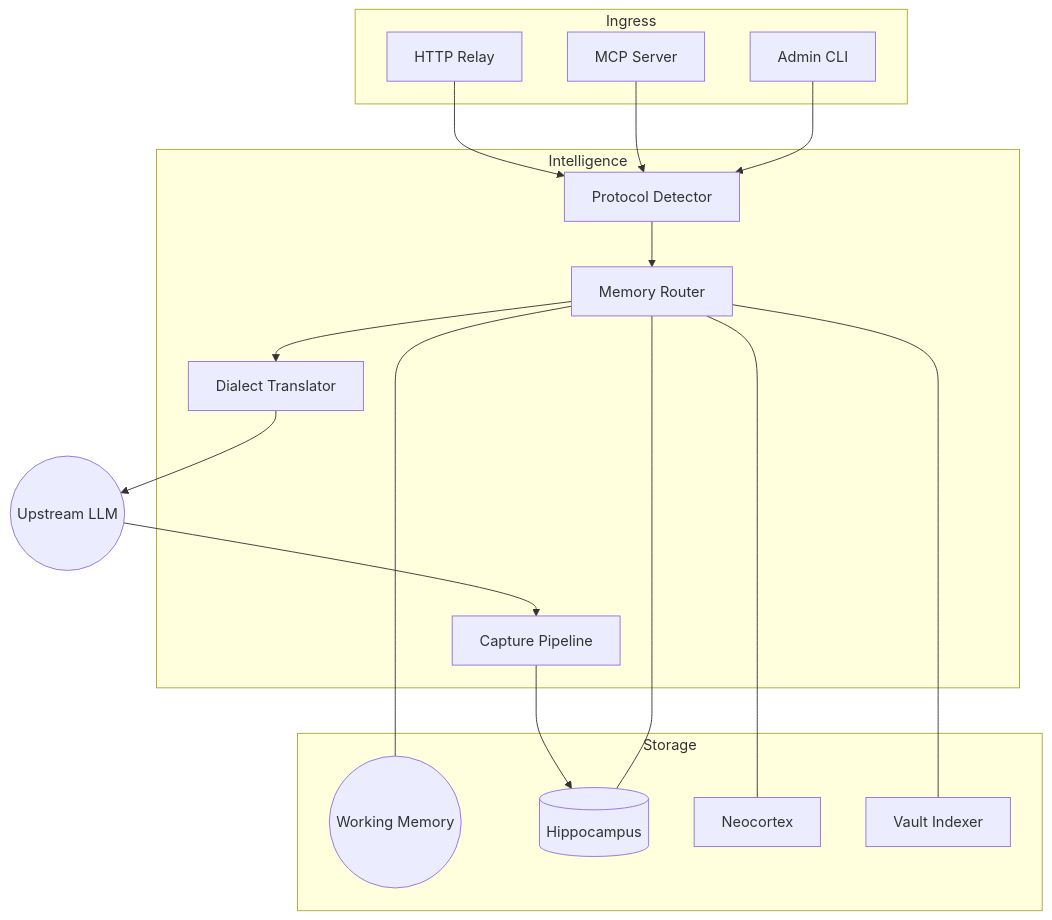
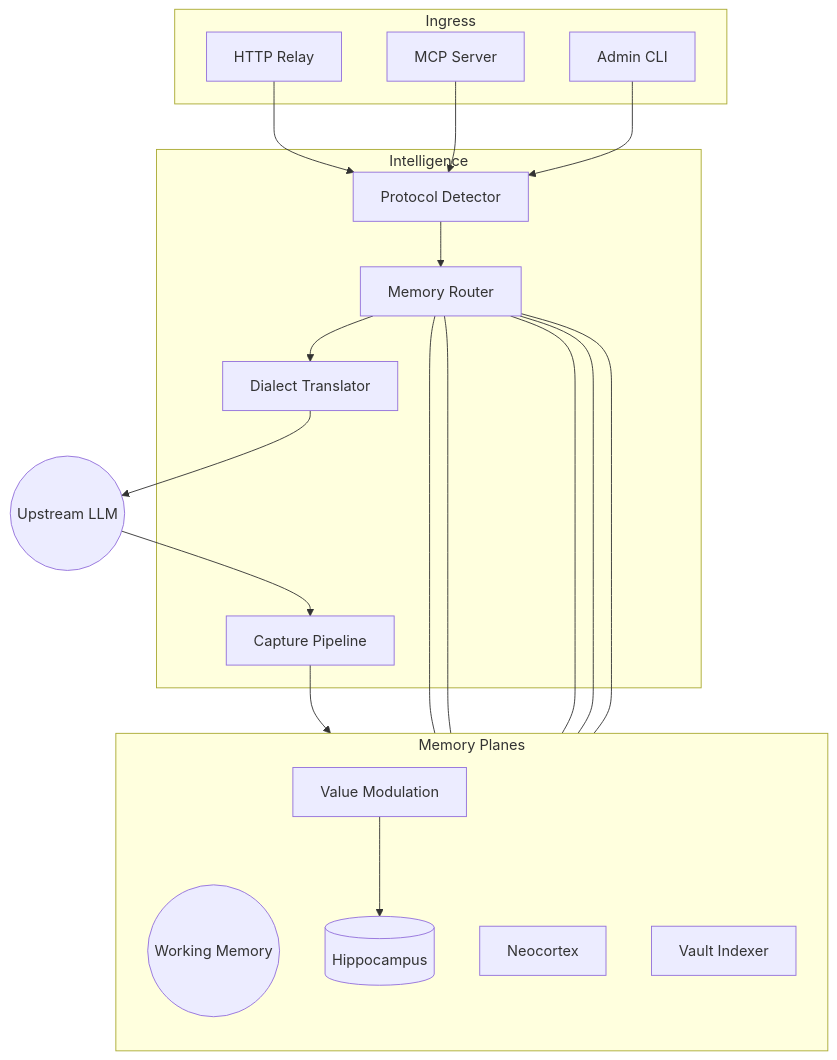
Before and after one commit to winnerineast/ClawBrain: the diagram in README.md, drawn with Mermaid. The commit also changed other lines of this file and 4 other files, not shown here.

Commit message:
docs: integrate L6b (Value Modulation) and TasteGuard concepts into architecture and design docs

````diff
--- a/README.md
+++ b/README.md
@@ -165,38 +165,42 @@
 ```mermaid
 graph TD
     subgraph Ingress
         API[HTTP Relay]
         MCP[MCP Server]
         CLI[Admin CLI]
     end
 
     subgraph Intelligence
         Detector[Protocol Detector]
         Router[Memory Router]
         Translator[Dialect Translator]
         Pipe[Capture Pipeline]
     end
 
-    subgraph Storage
+    subgraph Storage [Memory Planes]
+        direction TB
         L1((Working Memory))
         L2[(Hippocampus)]
         L3[Neocortex]
+        L6b[Value Modulation]
         Ext[Vault Indexer]
     end
 
     API --> Detector
     MCP --> Detector
     CLI --> Detector
     
     Detector --> Router
     Router --> Translator
     Translator --> LLM((Upstream LLM))
     
     LLM --> Pipe
-    Pipe --> L2
+    Pipe --> L6b
+    L6b --> L2
     
     Router --- L1
     Router --- L2
     Router --- L3
+    Router --- L6b
     Router --- Ext
 ```
````
